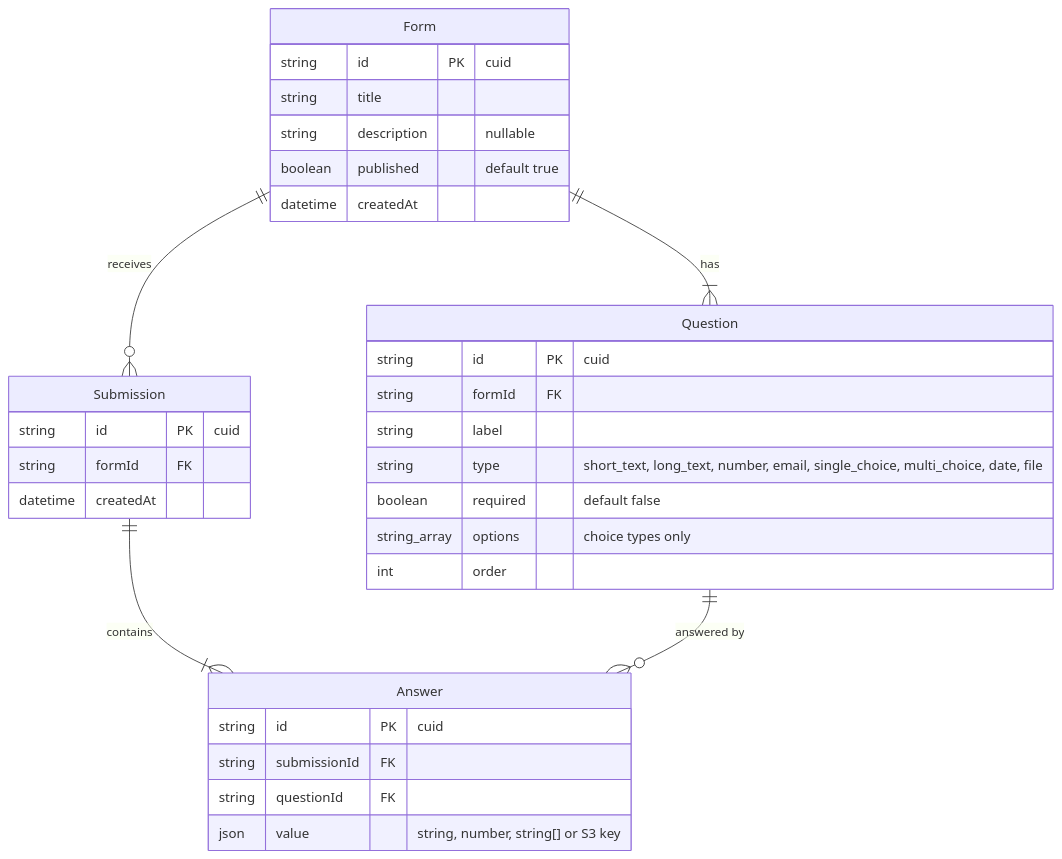
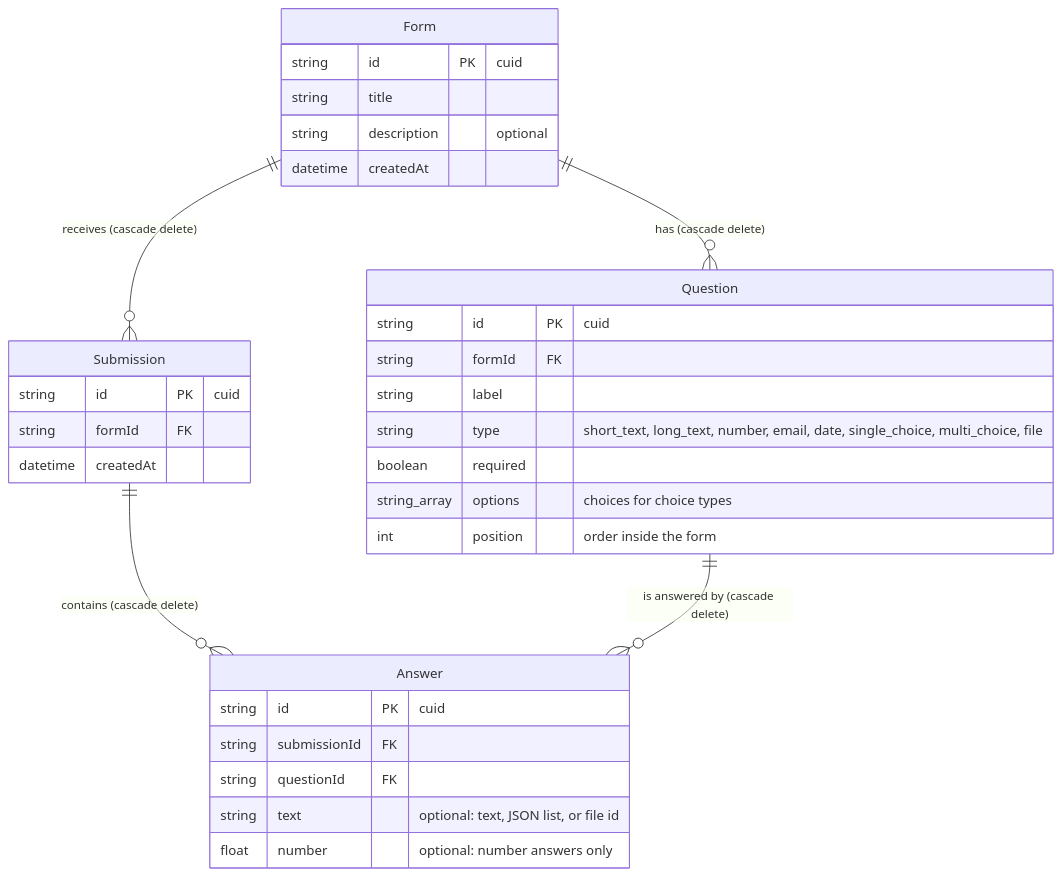
Before and after one commit to kasinadhsarma/survey-forms: the diagram in docs/schema.mmd, drawn with Mermaid. The commit also changed 9 other files, not shown here.

Commit message:
feat: update architecture and schema diagrams; add development workflow and roadmap; implement error handling and Firestore initialization

```diff
--- a/docs/schema.mmd
+++ b/docs/schema.mmd
@@ -1,33 +1,33 @@
 erDiagram
-    Form ||--|{ Question : "has"
-    Form ||--o{ Submission : "receives"
-    Submission ||--|{ Answer : "contains"
-    Question ||--o{ Answer : "answered by"
+    Form ||--o{ Question : "has (cascade delete)"
+    Form ||--o{ Submission : "receives (cascade delete)"
+    Submission ||--o{ Answer : "contains (cascade delete)"
+    Question ||--o{ Answer : "is answered by (cascade delete)"
 
     Form {
         string id PK "cuid"
         string title
-        string description "nullable"
-        boolean published "default true"
+        string description "optional"
         datetime createdAt
     }
     Question {
         string id PK "cuid"
         string formId FK
         string label
-        string type "short_text, long_text, number, email, single_choice, multi_choice, date, file"
-        boolean required "default false"
-        string_array options "choice types only"
-        int order
+        string type "short_text, long_text, number, email, date, single_choice, multi_choice, file"
+        boolean required
+        string_array options "choices for choice types"
+        int position "order inside the form"
     }
     Submission {
         string id PK "cuid"
         string formId FK
         datetime createdAt
     }
     Answer {
         string id PK "cuid"
         string submissionId FK
         string questionId FK
-        json value "string, number, string[] or S3 key"
+        string text "optional: text, JSON list, or file id"
+        float number "optional: number answers only"
     }
```
